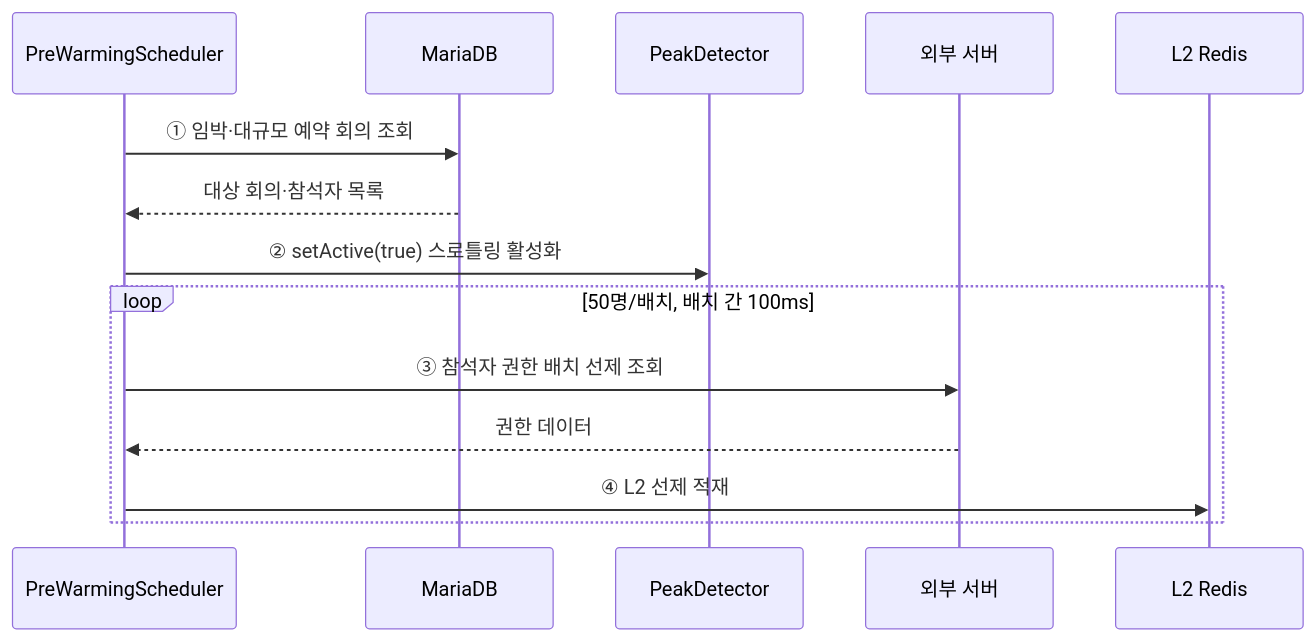
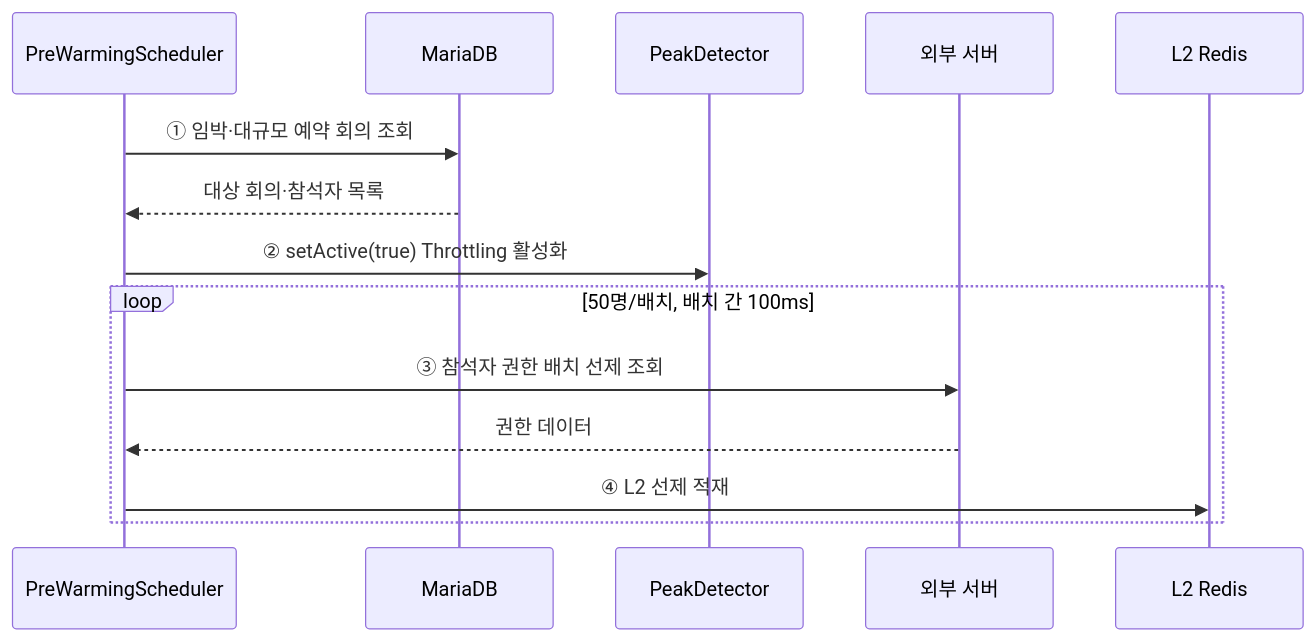
The diagram in docs/05-architecture-design/4.2-execution/4.2.1-runtime-view/4.2.1.4-prewarming.md (sujinnkim/A_Personal), drawn with Mermaid before and after one commit. The commit also changed 47 other files, not shown here.

````diff
--- a/docs/05-architecture-design/4.2-execution/4.2.1-runtime-view/4.2.1.4-prewarming.md
+++ b/docs/05-architecture-design/4.2-execution/4.2.1-runtime-view/4.2.1.4-prewarming.md
@@ -5,17 +5,17 @@
 ```mermaid
 sequenceDiagram
     participant S as PreWarmingScheduler
     participant DB as MariaDB
     participant P as PeakDetector
     participant EXT as 외부 서버
     participant L2 as L2 Redis
 
     S->>DB: ① 임박·대규모 예약 회의 조회
     DB-->>S: 대상 회의·참석자 목록
-    S->>P: ② setActive(true) 스로틀링 활성화
+    S->>P: ② setActive(true) Throttling 활성화
     loop 50명/배치, 배치 간 100ms
         S->>EXT: ③ 참석자 권한 배치 선제 조회
         EXT-->>S: 권한 데이터
         S->>L2: ④ L2 선제 적재
     end
 ```
````
